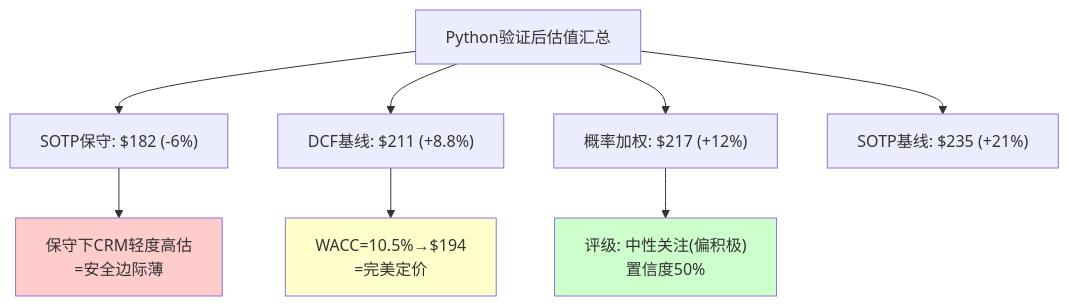
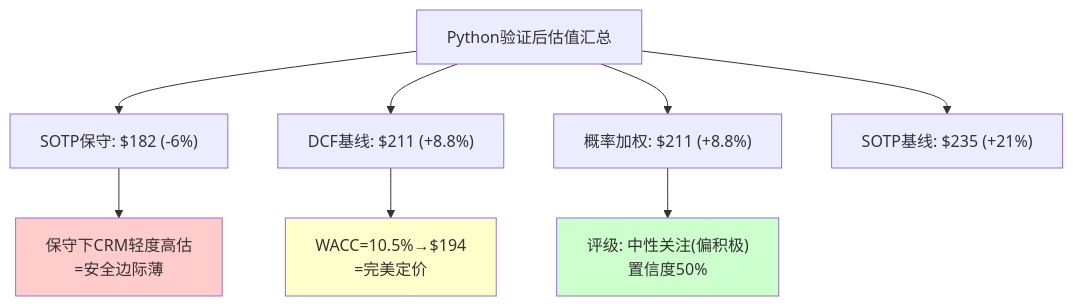
Diagram 14 of 16 in reports/CRM/staging/phase2_v2_financial_valuation.md (miltonnewyork25-afk/investment-master), drawn with Mermaid before and after one commit. The commit also changed other lines of this file and 3 other files, not shown here.

````diff
--- a/reports/CRM/staging/phase2_v2_financial_valuation.md
+++ b/reports/CRM/staging/phase2_v2_financial_valuation.md
@@ -1142,13 +1149,13 @@
 ```mermaid
 graph TD
     A["Python验证后估值汇总"] --> B["SOTP保守: $182 (-6%)"]
     A --> C["DCF基线: $211 (+8.8%)"]
-    A --> D["概率加权: $217 (+12%)"]
+    A --> D["概率加权: $211 (+8.8%)"]
     A --> E["SOTP基线: $235 (+21%)"]
     B --> F["保守下CRM轻度高估<br/>=安全边际薄"]
     C --> G["WACC=10.5%→$194<br/>=完美定价"]
     D --> H["评级: 中性关注(偏积极)<br/>置信度50%"]
     style F fill:#ffcccc
     style G fill:#ffffcc
     style H fill:#ccffcc
 ```
````
